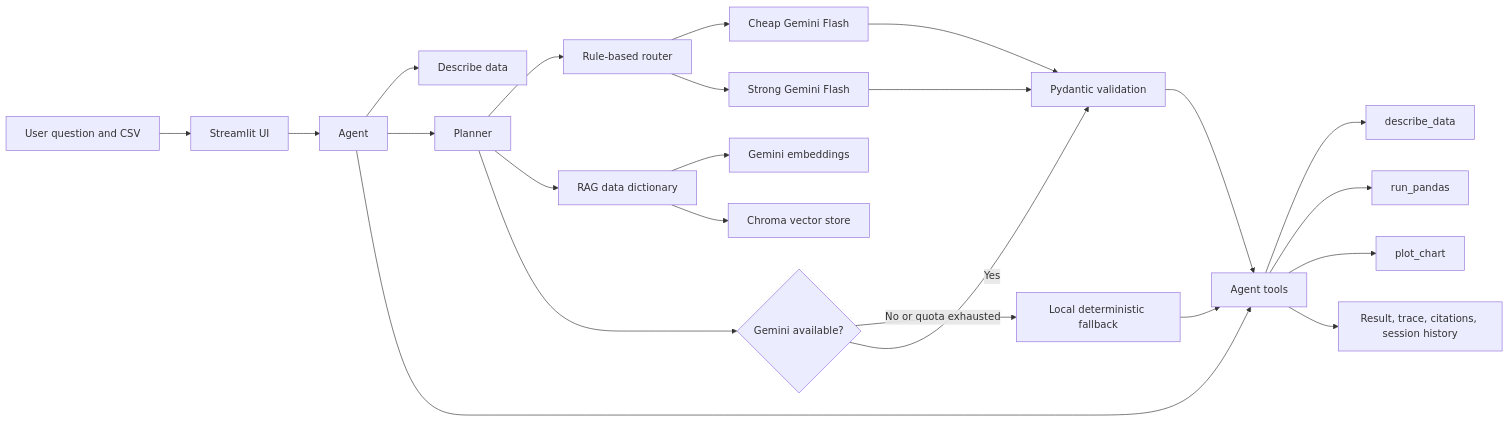
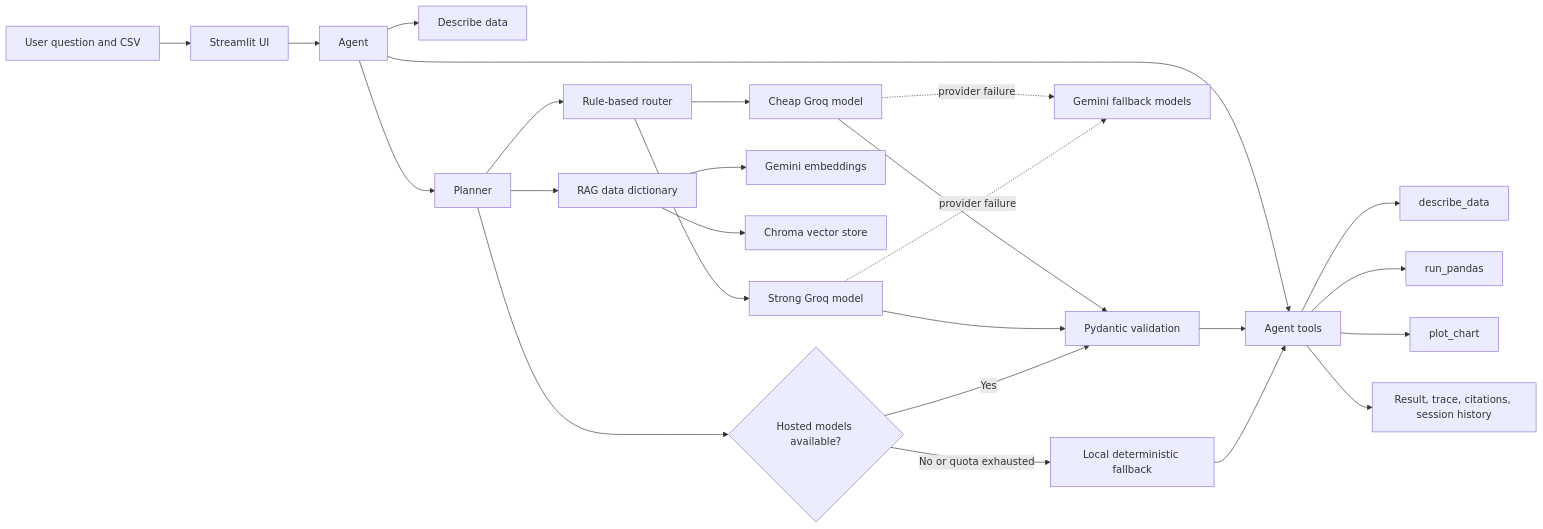
The diagram in README.md (astroelaa/data-analyst-copilot), drawn with Mermaid before and after one commit. The commit also changed other lines of this file and 1 other file, not shown here.

Commit message:
docs: document Groq-first architecture

````diff
--- a/README.md
+++ b/README.md
@@ -71,25 +71,27 @@
 ```mermaid
 flowchart LR
     U[User question and CSV] --> UI[Streamlit UI]
     UI --> A[Agent]
     A --> D[Describe data]
     A --> P[Planner]
     P --> R[Rule-based router]
-    R --> C[Cheap Gemini Flash]
-    R --> S[Strong Gemini Flash]
+    R --> C[Cheap Groq model]
+    R --> S[Strong Groq model]
     C --> V[Pydantic validation]
     S --> V
+    C -. provider failure .-> G[Gemini fallback models]
+    S -. provider failure .-> G
     P --> D1[RAG data dictionary]
     D1 --> E[Gemini embeddings]
     D1 --> Ch[Chroma vector store]
-    P --> F{Gemini available?}
+    P --> F{Hosted models available?}
     F -->|No or quota exhausted| L[Local deterministic fallback]
     F -->|Yes| V
     A --> T[Agent tools]
     T --> DP[describe_data]
     T --> RP[run_pandas]
     T --> PC[plot_chart]
     V --> T
     L --> T
     T --> O[Result, trace, citations, session history]
 ```
````
